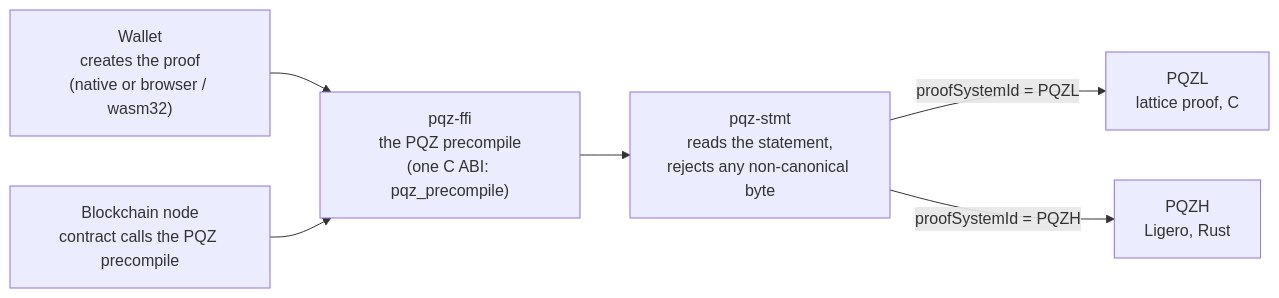
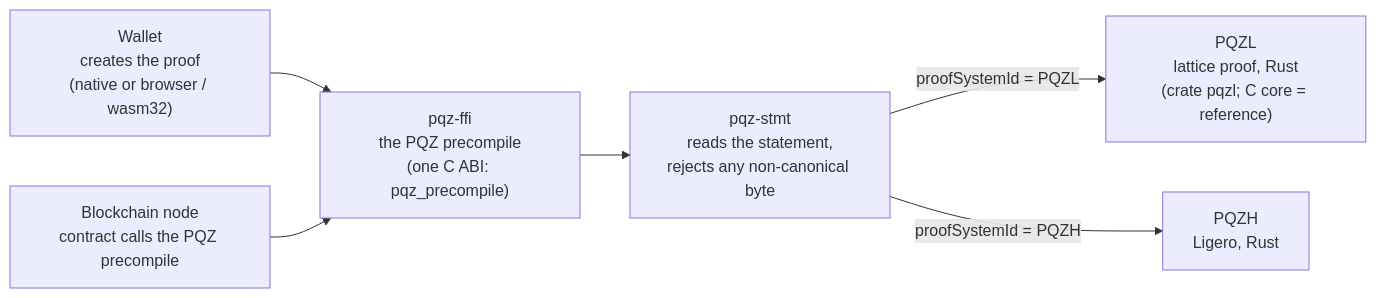
The first of 2 diagrams in pqz-core/README.md (dinhduongha/scaas), drawn with Mermaid before and after one commit. The commit also changed other lines of this file, not shown here.

Commit message:
pqz-core README: PQZL shown as the Rust crate pqzl in the diagram and tables, the C core as reference (owner 2026-10-18)

````diff
--- a/pqz-core/README.md
+++ b/pqz-core/README.md
@@ -52,8 +52,8 @@
 ```mermaid
 flowchart LR
   W["Wallet<br/>creates the proof<br/>(native or browser / wasm32)"] --> F
   N["Blockchain node<br/>contract calls the PQZ precompile"] --> F["pqz-ffi<br/>the PQZ precompile<br/>(one C ABI: pqz_precompile)"]
   F --> S["pqz-stmt<br/>reads the statement,<br/>rejects any non-canonical byte"]
-  S -- "proofSystemId = PQZL" --> L["PQZL<br/>lattice proof, C"]
+  S -- "proofSystemId = PQZL" --> L["PQZL<br/>lattice proof, Rust<br/>(crate pqzl; C core = reference)"]
   S -- "proofSystemId = PQZH" --> H["PQZH<br/>Ligero, Rust"]
 ```
````
